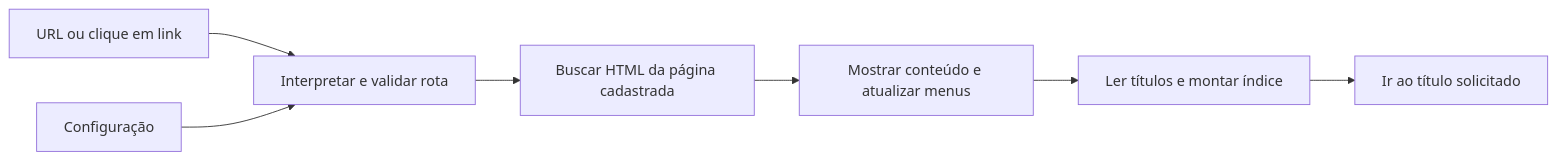
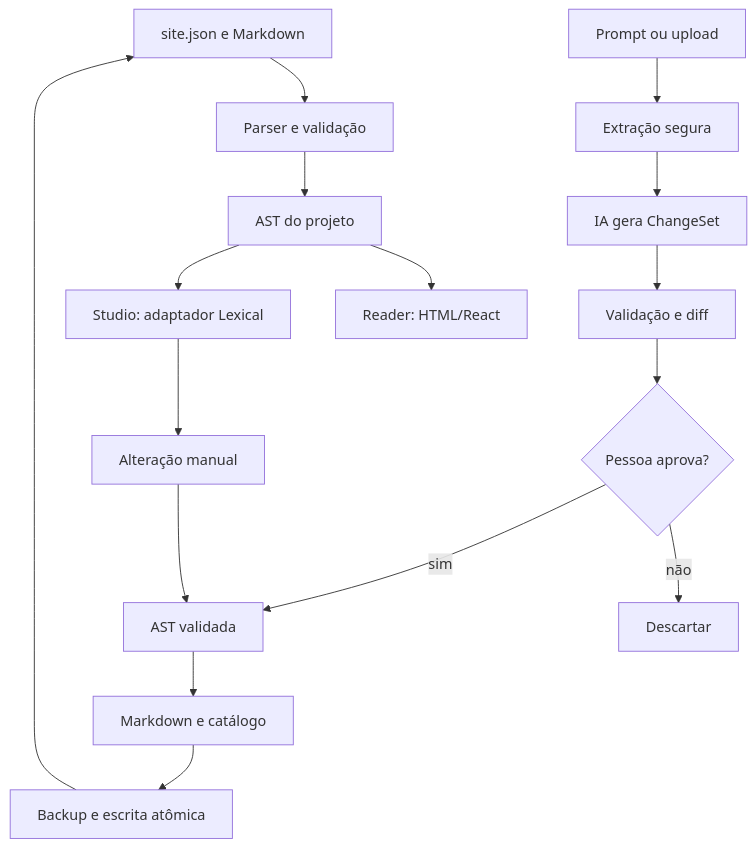
The diagram in docs/ARQUITETURA.md (Cristhianstevs/documentation-page), drawn with Mermaid before and after one commit. The commit also changed other lines of this file and 12 other files, not shown here.

First line of the commit message:
docs(architecture, roadmap): documentar migração para Next.js e TypeScript

````diff
--- a/docs/ARQUITETURA.md
+++ b/docs/ARQUITETURA.md
@@ -117,9 +471,18 @@
 ```mermaid
-flowchart LR
-    A[URL ou clique em link] --> B[Interpretar e validar rota]
-    C[Configuração] --> B
-    B --> D[Buscar HTML da página cadastrada]
-    D --> E[Mostrar conteúdo e atualizar menus]
-    E --> F[Ler títulos e montar índice]
-    F --> G[Ir ao título solicitado]
+flowchart TD
+    A[site.json e Markdown] --> B[Parser e validação]
+    B --> C[AST do projeto]
+    C --> D[Reader: HTML/React]
+    C --> E[Studio: adaptador Lexical]
+    E --> F[Alteração manual]
+    F --> G[AST validada]
+    H[Prompt ou upload] --> I[Extração segura]
+    I --> J[IA gera ChangeSet]
+    J --> K[Validação e diff]
+    K --> L{Pessoa aprova?}
+    L -- não --> M[Descartar]
+    L -- sim --> G
+    G --> N[Markdown e catálogo]
+    N --> O[Backup e escrita atômica]
+    O --> A
 ```
````
